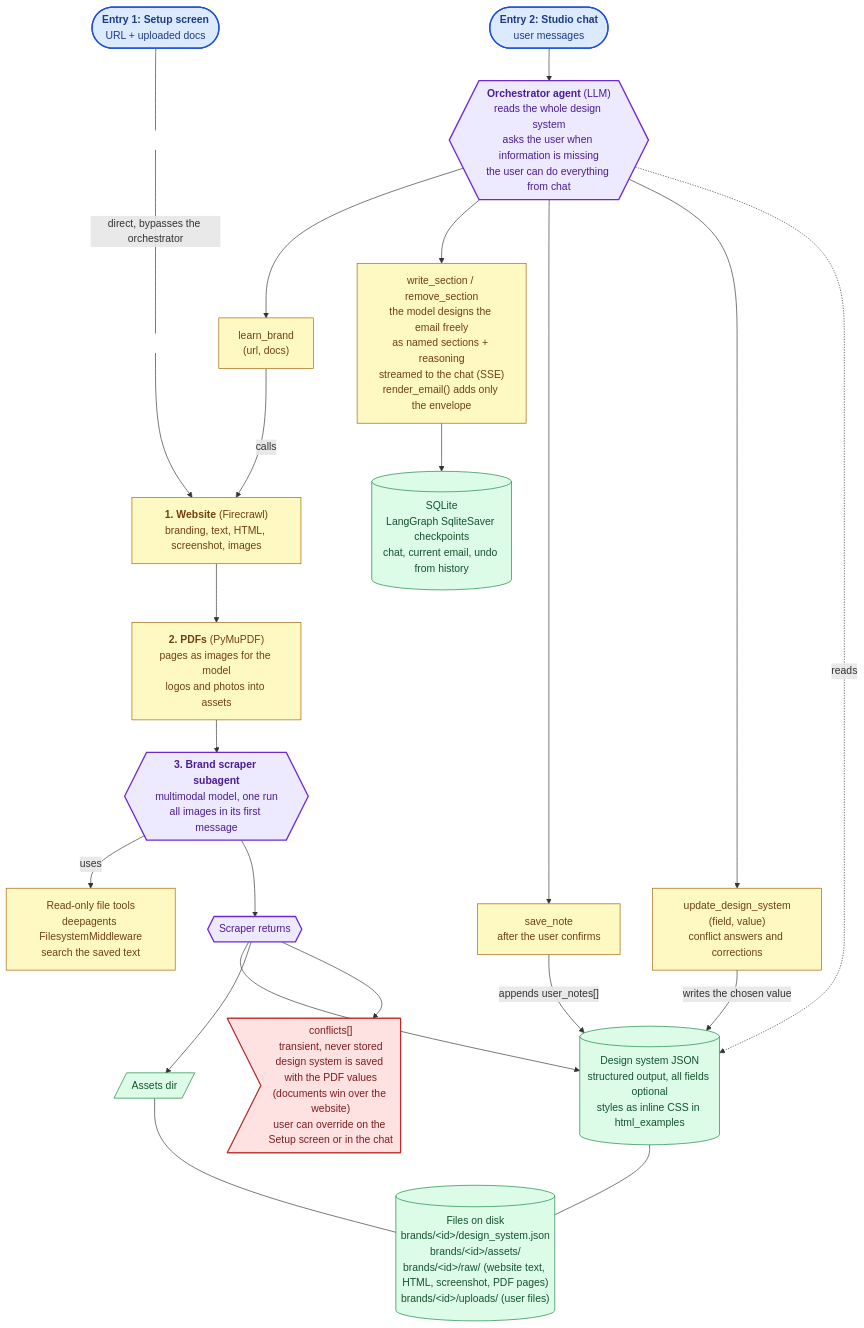
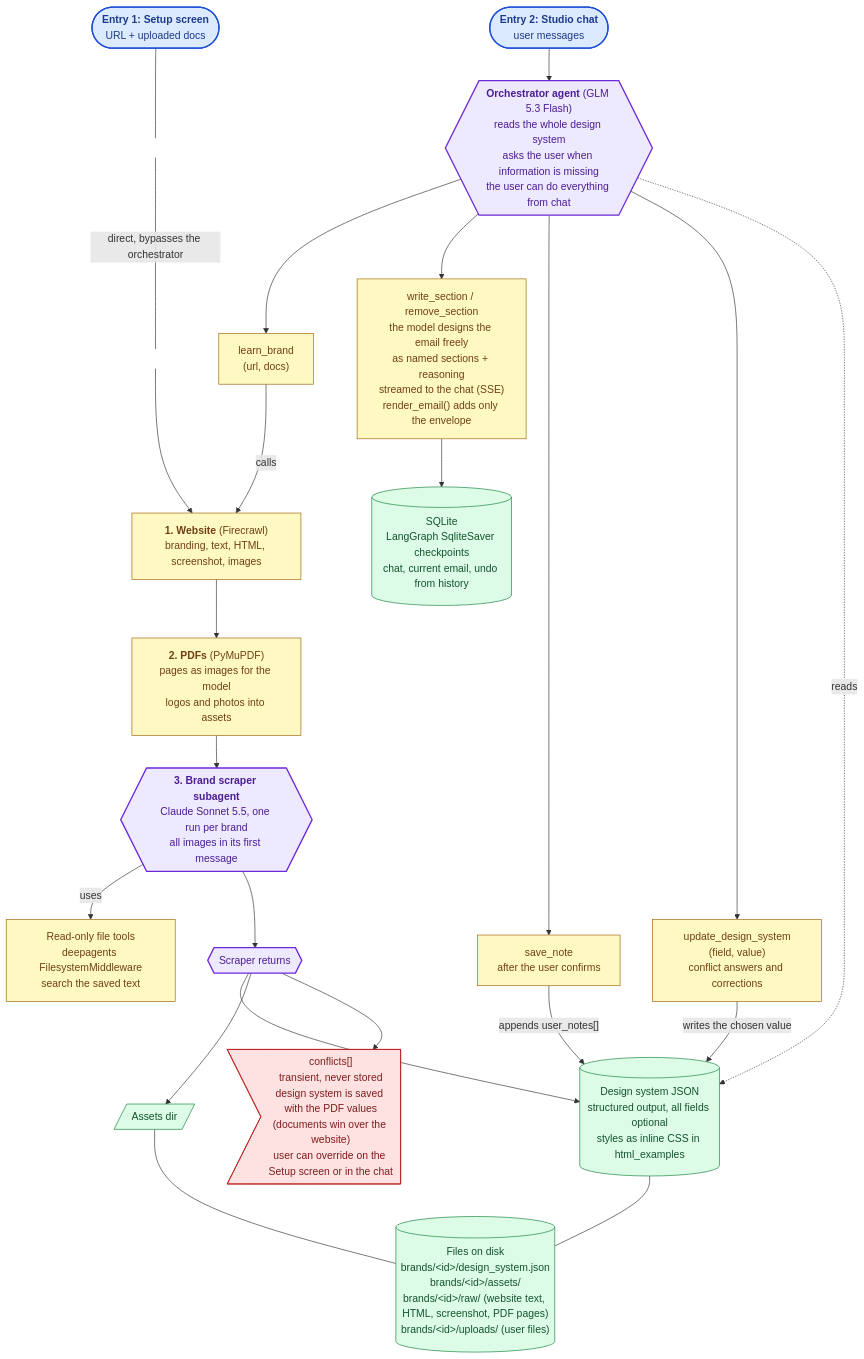
The diagram in README.md (fed3c3sa/textyess-email-agent), drawn with Mermaid before and after one commit. The commit also changed other lines of this file and 6 other files, not shown here.

Commit message:
2 different models, one to learrn (scrape) the brand, one as orcjestrator, so that learning is more expensive but higher quality, since is done just once

````diff
--- a/README.md
+++ b/README.md
@@ -8,67 +8,67 @@
 ```mermaid
 flowchart TB
     SETUPUI(["<b>Entry 1: Setup screen</b><br/>URL + uploaded docs"])
     CHAT(["<b>Entry 2: Studio chat</b><br/>user messages"])
 
-    SCRAPER{{"<b>3. Brand scraper subagent</b><br/>multimodal model, one run<br/>all images in its first message"}}
-    ORCH{{"<b>Orchestrator agent</b> (LLM)<br/>reads the whole design system<br/>asks the user when information is missing<br/>the user can do everything from chat"}}
+    SCRAPER{{"<b>3. Brand scraper subagent</b><br/>Claude Sonnet 5.5, one run per brand<br/>all images in its first message"}}
+    ORCH{{"<b>Orchestrator agent</b> (GLM 5.3 Flash)<br/>reads the whole design system<br/>asks the user when information is missing<br/>the user can do everything from chat"}}
 
     FSMW["Read-only file tools<br/>deepagents FilesystemMiddleware<br/>search the saved text"]
     WEB["<b>1. Website</b> (Firecrawl)<br/>branding, text, HTML, screenshot, images"]
     PDF["<b>2. PDFs</b> (PyMuPDF)<br/>pages as images for the model<br/>logos and photos into assets"]
 
     LEARN["learn_brand<br/>(url, docs)"]
     SECT["write_section / remove_section<br/>the model designs the email freely<br/>as named sections + reasoning<br/>streamed to the chat (SSE)<br/>render_email() adds only the envelope"]
     NOTE["save_note<br/>after the user confirms"]
     UPDATE["update_design_system<br/>(field, value)<br/>conflict answers and corrections"]
 
     RET{{"Scraper returns"}}
     DS[("Design system JSON<br/>structured output, all fields optional<br/>styles as inline CSS in html_examples")]
     ASSETS[/"Assets dir"/]
     CONF>"conflicts[]<br/>transient, never stored<br/>design system is saved with the PDF values<br/>(documents win over the website)<br/>user can override on the Setup screen or in the chat"]
 
     STORE[("SQLite<br/>LangGraph SqliteSaver checkpoints<br/>chat, current email, undo from history")]
     FILES[("Files on disk<br/>brands/&lt;id&gt;/design_system.json<br/>brands/&lt;id&gt;/assets/<br/>brands/&lt;id&gt;/raw/ (website text, HTML, screenshot, PDF pages)<br/>brands/&lt;id&gt;/uploads/ (user files)")]
 
     SP1[" "]
     SP2[" "]
     SETUPUI --- SP1
     SP1 -- "direct, bypasses the orchestrator" --- SP2
     SP2 --> WEB
     CHAT --> ORCH
 
     ORCH --> LEARN
     ORCH --> SECT
     ORCH --> NOTE
     ORCH --> UPDATE
     LEARN -- "calls" --> WEB
 
     WEB --> PDF
     PDF --> SCRAPER
     SCRAPER -- "uses" --> FSMW
     SCRAPER --> RET
 
     RET --> DS
     RET --> ASSETS
     RET --> CONF
 
     NOTE -- "appends user_notes[]" --> DS
     UPDATE -- "writes the chosen value" --> DS
     ORCH -. "reads" .-> DS
     SECT --> STORE
     DS --- FILES
     ASSETS --- FILES
 
     classDef hidden fill:none,stroke:none,color:none
     classDef entry fill:#dbeafe,stroke:#1d4ed8,stroke-width:2px,color:#1e3a8a
     classDef agent fill:#ede9fe,stroke:#6d28d9,stroke-width:2px,color:#4c1d95
     classDef tool fill:#fef9c3,stroke:#a16207,color:#713f12
     classDef data fill:#dcfce7,stroke:#15803d,color:#14532d
     classDef warn fill:#fee2e2,stroke:#b91c1c,color:#7f1d1d
     class SETUPUI,CHAT entry
     class ORCH,SCRAPER,RET agent
     class LEARN,SECT,NOTE,UPDATE,FSMW,WEB,PDF tool
     class DS,ASSETS,STORE,FILES data
     class CONF warn
     class SP1,SP2 hidden
 ```
````
